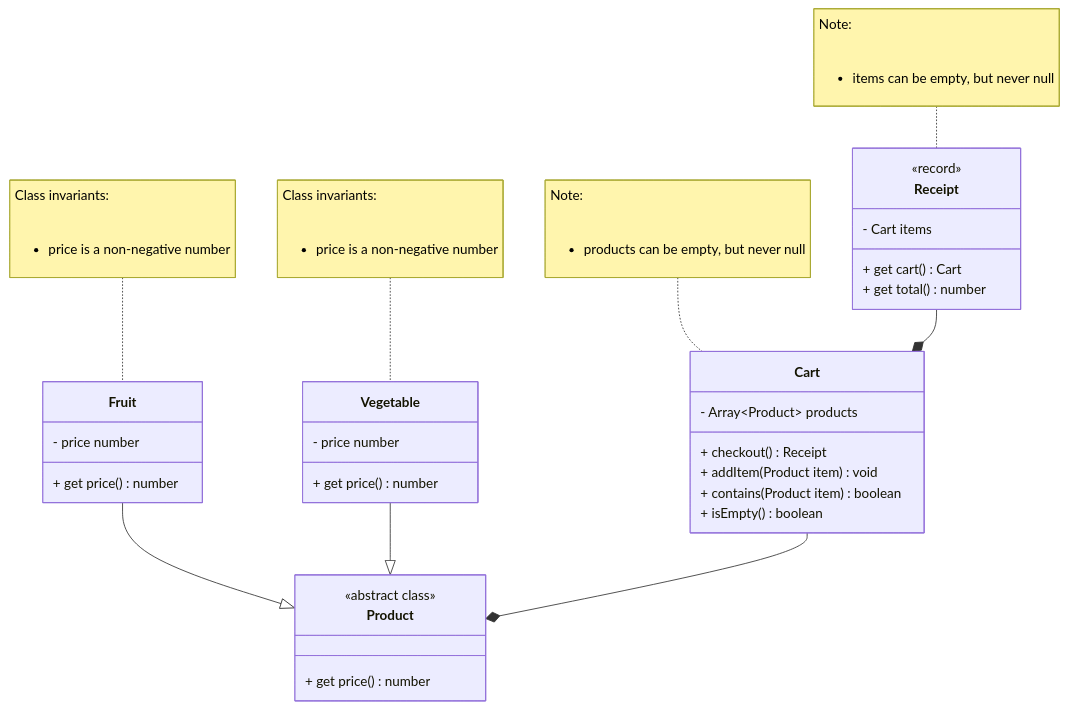
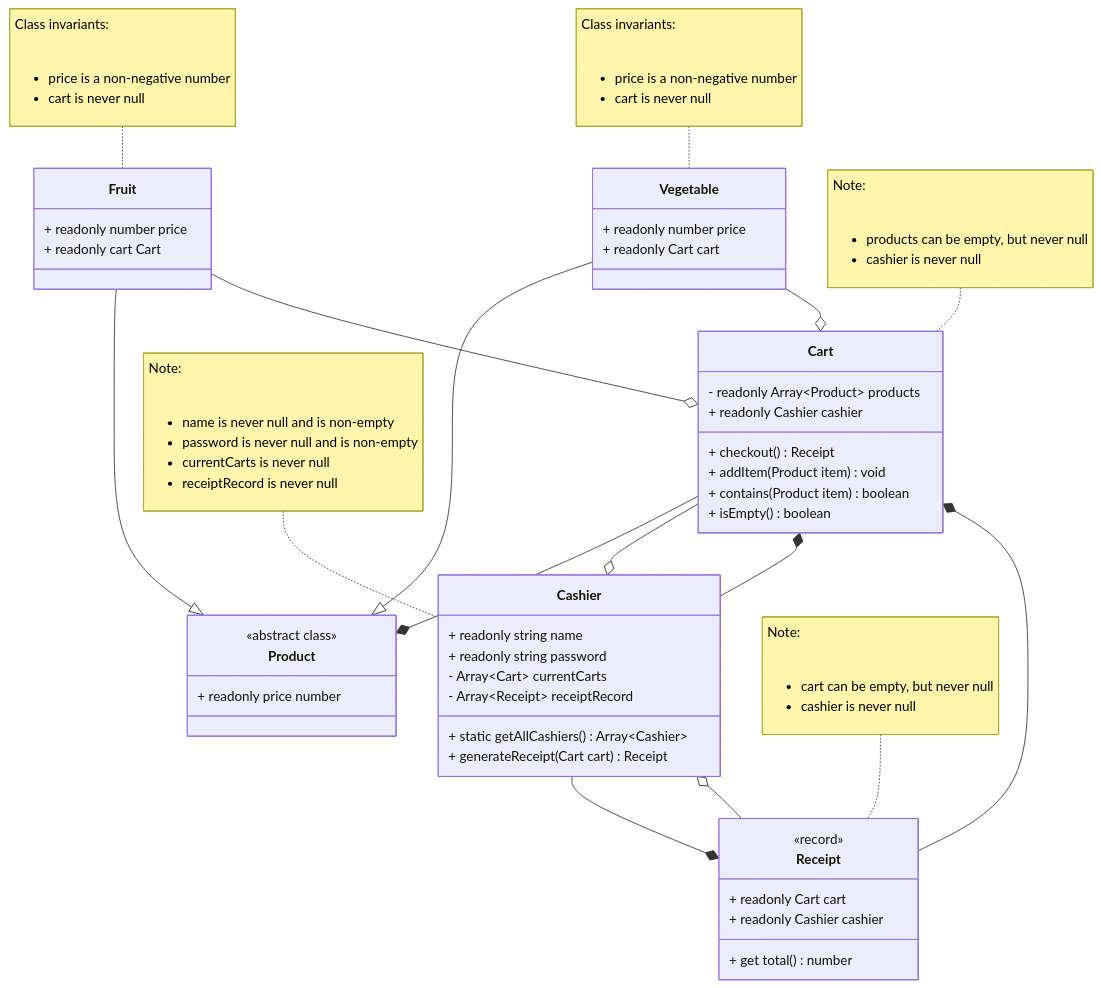
The diagram in domain.md (Bilal-Shoaib/2452-Project), drawn with Mermaid before and after one commit. The commit also changed 21 other files, not shown here.

````diff
--- a/domain.md
+++ b/domain.md
@@ -10,27 +10,30 @@
 classDiagram
     class Product {
         <<abstract class>>
-        + get price() number
+        + readonly price number
     }
 
     class Fruit {
-        - price number
-        + get price() number
+        + readonly number price
+        + readonly cart Cart
     }
     note for Fruit "Class invariants: <ul>
     <li> price is a non-negative number
+    <li> cart is never null
     </ul>"
     
     class Vegetable {
-        - price number
-        + get price() number
+        + readonly number price
+        + readonly Cart cart
     }
     note for Vegetable "Class invariants: <ul>
     <li> price is a non-negative number
+    <li> cart is never null
     </ul>"
 
     class Cart {
-        - Array~Product~ products
+        - readonly Array~Product~ products
+        + readonly Cashier cashier
 
         + checkout() Receipt
         + addItem(Product item) void
@@ -39,24 +42,52 @@
     }
     note for Cart "Note: <ul>
     <li> products can be empty, but never null
+    <li> cashier is never null
     </ul>"
     
     class Receipt {
         <<record>>
+        + readonly Cart cart
+        + readonly Cashier cashier
 
-        - Cart items
-
-        + get cart() Cart
         + get total() number
     }
     note for Receipt "Note: <ul>
-    <li> items can be empty, but never null
+    <li> cart can be empty, but never null
+    <li> cashier is never null
+    </ul>"
+
+    class Cashier {
+        + readonly string name
+        + readonly string password
+
+        - Array~Cart~ currentCarts
+        - Array~Receipt~ receiptRecord
+
+        + static getAllCashiers() Array~Cashier~
+        + generateReceipt(Cart cart) Receipt
+    }
+    note for Cashier "Note: <ul>
+    <li> name is never null and is non-empty
+    <li> password is never null and is non-empty
+
+    <li> currentCarts is never null
+    <li> receiptRecord is never null
     </ul>"
 
 %%%%%%%%%%%%%%%%%%%%%%%%%%%%%%%%%%%%%%%%%%%%% Specifications %%%%%%%%%%%%%%%%%%%%%%%%%%%%%%%%%%%%%%%%%%%%%
     Fruit --|> Product
     Vegetable --|> Product
 %%%%%%%%%%%%%%%%%%%%%%%%%%%%%%%%%%%%%%%%%%%%%% Relationships %%%%%%%%%%%%%%%%%%%%%%%%%%%%%%%%%%%%%%%%%%%%%
+    Fruit --o Cart
+    Vegetable --o Cart
+
     Cart --* Product
+    Cart --o Cashier
+    
     Receipt --* Cart
+    Receipt --o Cashier
+    
+    Cashier --* Cart
+    Cashier --* Receipt
 ```
````
